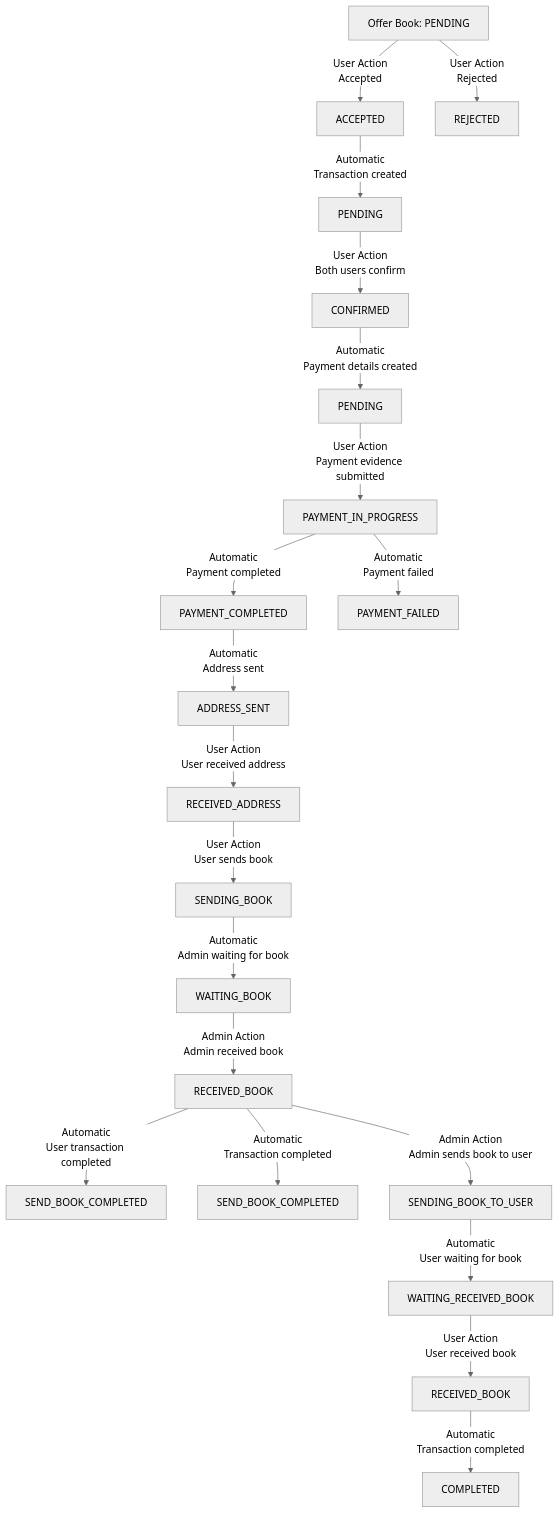
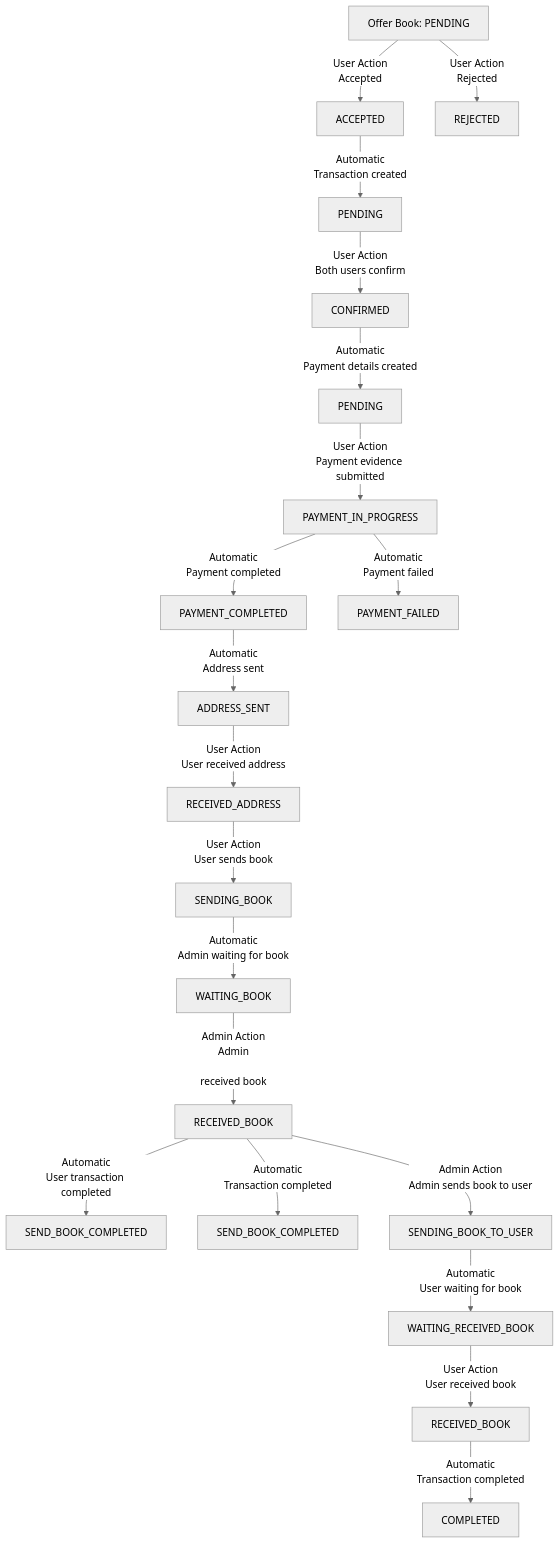
Before and after one commit to Loknong/book-exchange: diagram 11 of 11 in documents/Exchange.flow.md, drawn with Mermaid (neutral theme). The commit also changed other lines of this file and 1 other file, not shown here.

````diff
--- a/documents/Exchange.flow.md
+++ b/documents/Exchange.flow.md
@@ -327,24 +333,24 @@
 ```mermaid
 graph TD
     User1[Offer Book: PENDING] -->|User Action<br>Accepted| User2[ACCEPTED]
     User1 -->|User Action<br>Rejected| User3[REJECTED]
     User2 -->|Automatic<br>Transaction created| Trans1[PENDING]
     Trans1 -->|User Action<br>Both users confirm| Trans2[CONFIRMED]
     Trans2 -->|Automatic<br>Payment details created| Payment1[PENDING]
     Payment1 -->|User Action<br>Payment evidence submitted| Payment2[PAYMENT_IN_PROGRESS]
     Payment2 -->|Automatic<br>Payment completed| Payment3[PAYMENT_COMPLETED]
     Payment2 -->|Automatic<br>Payment failed| Payment4[PAYMENT_FAILED]
     Payment3 -->|Automatic<br>Address sent| Trans3[ADDRESS_SENT]
     Trans3 -->|User Action<br>User received address| UTT3[RECEIVED_ADDRESS]
     UTT3 -->|User Action<br>User sends book| UTT4[SENDING_BOOK]
-    UTT4 -->|Automatic<br>Admin waiting for book| Admin1[WAITING_BOOK
+    UTT4 -->|Automatic<br>Admin waiting for book| Admin1[WAITING_BOOK]
+    Admin1 -->|Admin Action<br>Admin
 
-]
-    Admin1 -->|Admin Action<br>Admin received book| Admin2[RECEIVED_BOOK]
+ received book| Admin2[RECEIVED_BOOK]
     Admin2 -->|Automatic<br>User transaction completed| UTT5[SEND_BOOK_COMPLETED]
     Admin2 -->|Automatic<br>Transaction completed| Trans4[SEND_BOOK_COMPLETED]
     Admin2 -->|Admin Action<br>Admin sends book to user| Admin3[SENDING_BOOK_TO_USER]
     Admin3 -->|Automatic<br>User waiting for book| UTT6[WAITING_RECEIVED_BOOK]
     UTT6 -->|User Action<br>User received book| UTT7[RECEIVED_BOOK]
     UTT7 -->|Automatic<br>Transaction completed| Trans5[COMPLETED]
 ```
````
